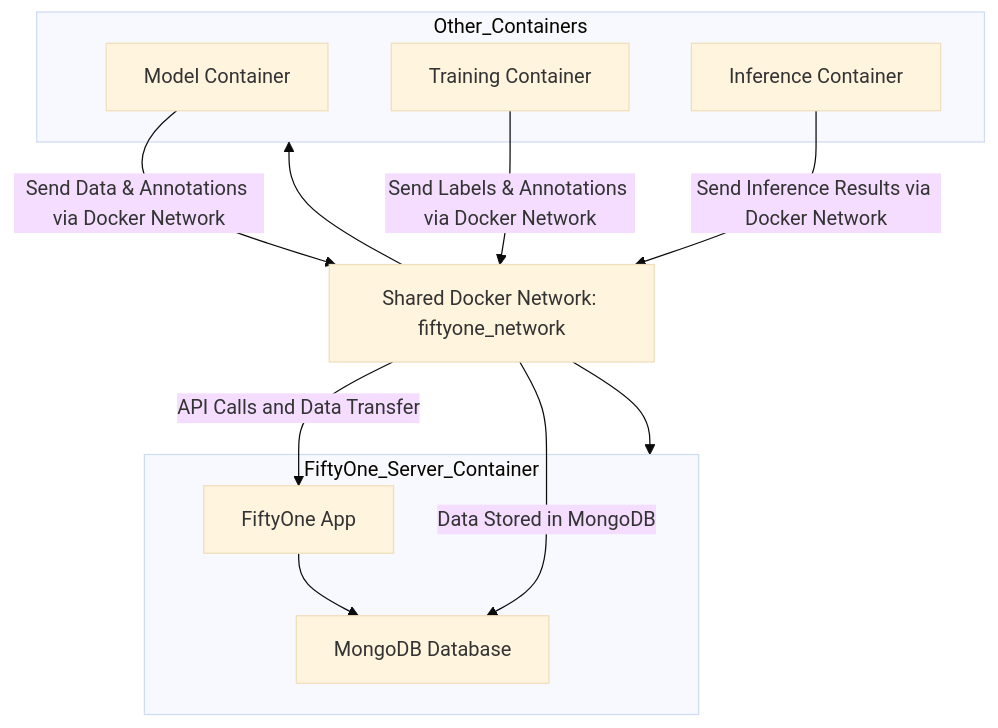
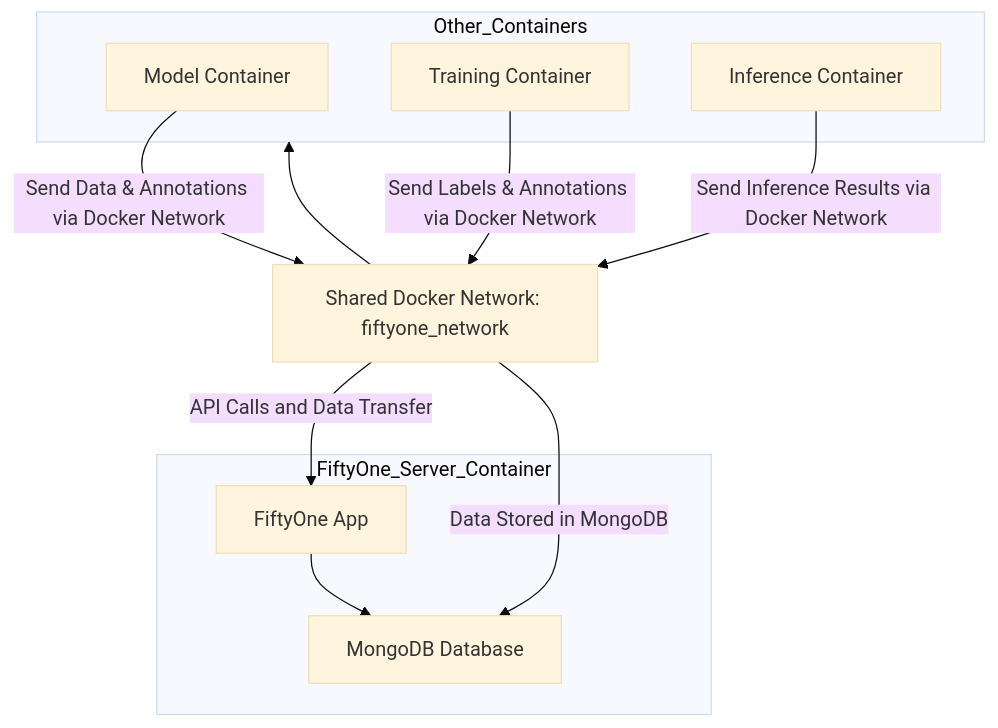
One commit to mrgares/Voxel51_setup changed the diagram in README.md. Above: the diagram before and after it, drawn with Mermaid (base theme).

Commit message:
fix: added a better structure for the diagram

````diff
--- a/README.md
+++ b/README.md
@@ -5,33 +5,32 @@
 ```mermaid
 graph TD
     %% FiftyOne server setup
     subgraph FiftyOne_Server_Container
         A1[FiftyOne App]
         A2[MongoDB Database]
         A1 --> A2
     end
     
     %% Other containers
     subgraph Other_Containers
         B1[Model Container]
         B2[Training Container]
         B3[Inference Container]
     end
 
     %% Shared Docker network
     C[Shared Docker Network: fiftyone_network]
-    C --> FiftyOne_Server_Container
     C --> Other_Containers
 
     %% Communication between containers via shared network
     B1 --> |Send Data & Annotations via Docker Network| C
     B2 --> |Send Labels & Annotations via Docker Network| C
     B3 --> |Send Inference Results via Docker Network| C
 
     %% Interaction with FiftyOne app and MongoDB through the network
     C --> |API Calls and Data Transfer| A1
     C --> |Data Stored in MongoDB| A2
 
 
 
 ```
````
